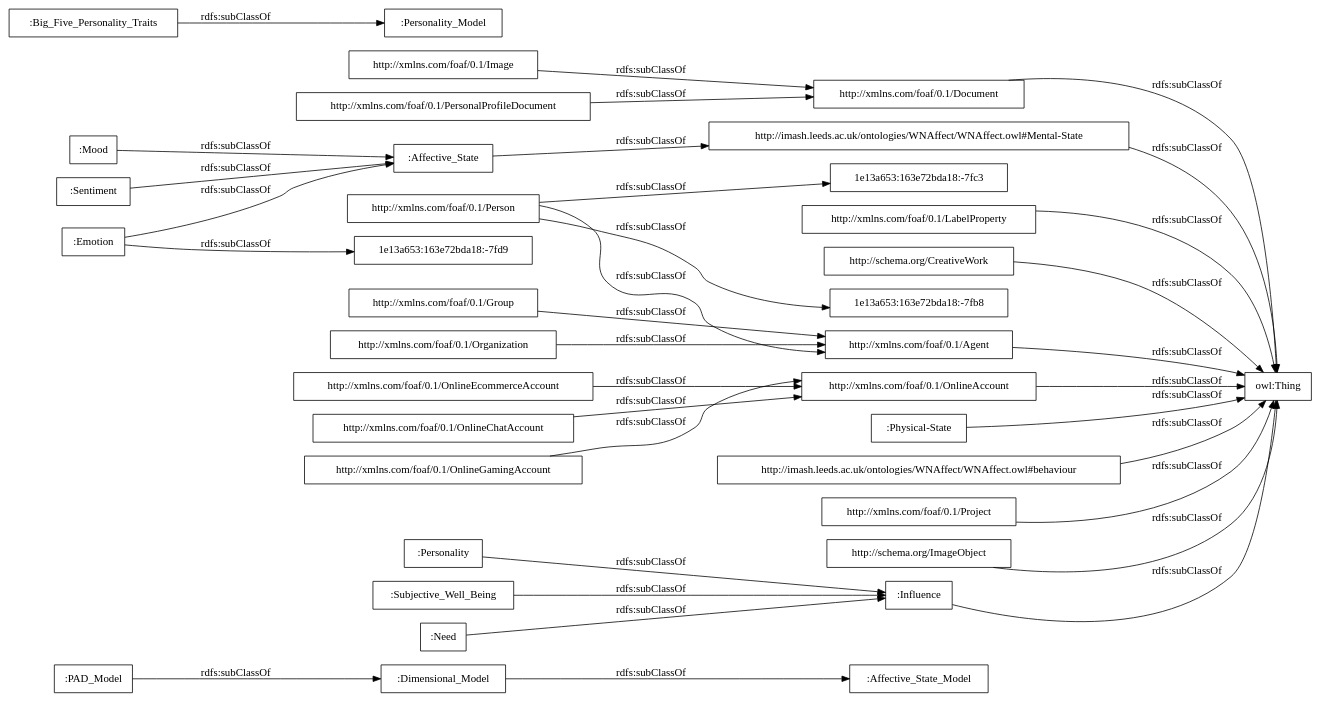
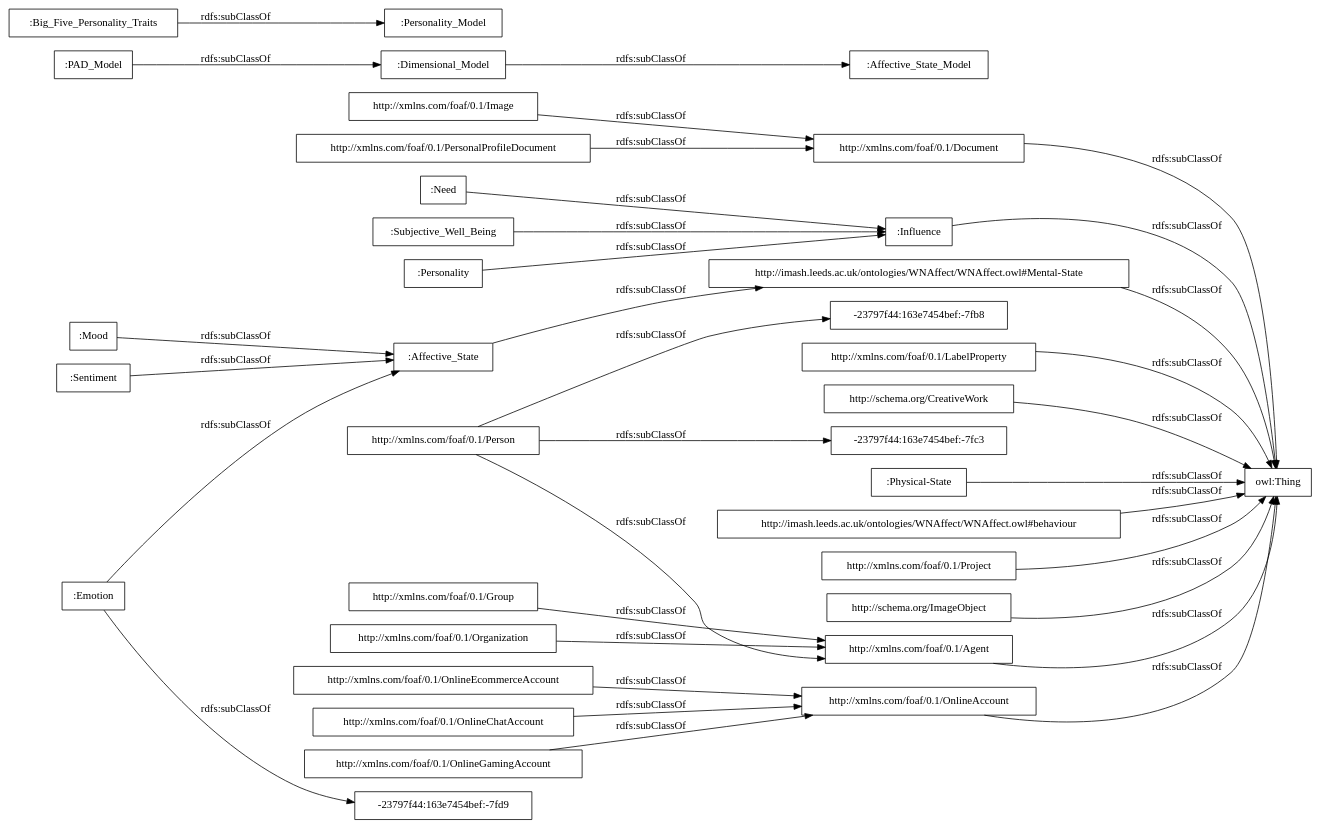
One commit to rana-othman/HASIO-Modularization changed the diagram in OnToology/Affective_States_Influences_Relations_Module.owl/diagrams/ar2dtool-taxonomy/Affective_States_Influences_Relations_Module.owl.png.dot. Above: the diagram before and after it, drawn with Graphviz. The commit also changed 9 other files, not shown here.

```diff
--- a/OnToology/Affective_States_Influences_Relations_Module.owl/diagrams/ar2dtool-taxonomy/Affective_States_Influences_Relations_Module.owl.png.dot
+++ b/OnToology/Affective_States_Influences_Relations_Module.owl/diagrams/ar2dtool-taxonomy/Affective_States_Influences_Relations_Module.owl.png.dot
@@ -1,38 +1,38 @@
 digraph ar2dtool_diagram { 
 rankdir=LR;
 size="1000"
-node [shape = rectangle, color="black"]; ":Affective_State_Model" ":Personality" "http://xmlns.com/foaf/0.1/Document" "1e13a653:163e72bda18:-7fd9" ":Sentiment" ":Emotion" "http://xmlns.com/foaf/0.1/OnlineGamingAccount" "1e13a653:163e72bda18:-7fc3" "http://xmlns.com/foaf/0.1/Group" ":Influence" "1e13a653:163e72bda18:-7fb8" ":Affective_State" "http://imash.leeds.ac.uk/ontologies/WNAffect/WNAffect.owl#Mental-State" "http://xmlns.com/foaf/0.1/LabelProperty" ":Mood" ":Dimensional_Model" "http://xmlns.com/foaf/0.1/Person" ":Need" "http://xmlns.com/foaf/0.1/OnlineEcommerceAccount" ":Subjective_Well_Being" "http://schema.org/CreativeWork" "http://xmlns.com/foaf/0.1/Organization" "http://xmlns.com/foaf/0.1/Agent" ":Physical-State" "http://imash.leeds.ac.uk/ontologies/WNAffect/WNAffect.owl#behaviour" ":Personality_Model" "http://xmlns.com/foaf/0.1/OnlineChatAccount" "http://xmlns.com/foaf/0.1/Image" "http://xmlns.com/foaf/0.1/PersonalProfileDocument" ":Big_Five_Personality_Traits" ":PAD_Model" "http://xmlns.com/foaf/0.1/Project" "http://schema.org/ImageObject" "http://xmlns.com/foaf/0.1/OnlineAccount" ; /*classes style*/
+node [shape = rectangle, color="black"]; "-23797f44:163e7454bef:-7fc3" ":Affective_State_Model" ":Personality" "http://xmlns.com/foaf/0.1/Document" ":Sentiment" ":Emotion" "http://xmlns.com/foaf/0.1/OnlineGamingAccount" "http://xmlns.com/foaf/0.1/Group" ":Influence" ":Affective_State" "http://imash.leeds.ac.uk/ontologies/WNAffect/WNAffect.owl#Mental-State" "http://xmlns.com/foaf/0.1/LabelProperty" ":Mood" ":Dimensional_Model" "http://xmlns.com/foaf/0.1/Person" ":Need" "http://xmlns.com/foaf/0.1/OnlineEcommerceAccount" ":Subjective_Well_Being" "http://schema.org/CreativeWork" "-23797f44:163e7454bef:-7fd9" "http://xmlns.com/foaf/0.1/Organization" "http://xmlns.com/foaf/0.1/Agent" ":Physical-State" "http://imash.leeds.ac.uk/ontologies/WNAffect/WNAffect.owl#behaviour" "-23797f44:163e7454bef:-7fb8" ":Personality_Model" "http://xmlns.com/foaf/0.1/OnlineChatAccount" "http://xmlns.com/foaf/0.1/Image" "http://xmlns.com/foaf/0.1/PersonalProfileDocument" ":Big_Five_Personality_Traits" ":PAD_Model" "http://xmlns.com/foaf/0.1/Project" "http://schema.org/ImageObject" "http://xmlns.com/foaf/0.1/OnlineAccount" ; /*classes style*/
 	"http://xmlns.com/foaf/0.1/Project" -> "owl:Thing" [ label = "rdfs:subClassOf" ];
 	":Physical-State" -> "owl:Thing" [ label = "rdfs:subClassOf" ];
 	"http://xmlns.com/foaf/0.1/Document" -> "owl:Thing" [ label = "rdfs:subClassOf" ];
 	":PAD_Model" -> ":Dimensional_Model" [ label = "rdfs:subClassOf" ];
 	"http://schema.org/ImageObject" -> "owl:Thing" [ label = "rdfs:subClassOf" ];
-	":Emotion" -> "1e13a653:163e72bda18:-7fd9" [ label = "rdfs:subClassOf" ];
+	":Emotion" -> "-23797f44:163e7454bef:-7fd9" [ label = "rdfs:subClassOf" ];
 	":Emotion" -> ":Affective_State" [ label = "rdfs:subClassOf" ];
 	":Influence" -> "owl:Thing" [ label = "rdfs:subClassOf" ];
 	"http://xmlns.com/foaf/0.1/OnlineGamingAccount" -> "http://xmlns.com/foaf/0.1/OnlineAccount" [ label = "rdfs:subClassOf" ];
 	"http://imash.leeds.ac.uk/ontologies/WNAffect/WNAffect.owl#Mental-State" -> "owl:Thing" [ label = "rdfs:subClassOf" ];
 	"http://xmlns.com/foaf/0.1/PersonalProfileDocument" -> "http://xmlns.com/foaf/0.1/Document" [ label = "rdfs:subClassOf" ];
 	"http://imash.leeds.ac.uk/ontologies/WNAffect/WNAffect.owl#behaviour" -> "owl:Thing" [ label = "rdfs:subClassOf" ];
 	":Big_Five_Personality_Traits" -> ":Personality_Model" [ label = "rdfs:subClassOf" ];
 	"http://xmlns.com/foaf/0.1/Group" -> "http://xmlns.com/foaf/0.1/Agent" [ label = "rdfs:subClassOf" ];
 	"http://xmlns.com/foaf/0.1/OnlineChatAccount" -> "http://xmlns.com/foaf/0.1/OnlineAccount" [ label = "rdfs:subClassOf" ];
 	":Sentiment" -> ":Affective_State" [ label = "rdfs:subClassOf" ];
 	":Subjective_Well_Being" -> ":Influence" [ label = "rdfs:subClassOf" ];
 	"http://xmlns.com/foaf/0.1/Image" -> "http://xmlns.com/foaf/0.1/Document" [ label = "rdfs:subClassOf" ];
 	":Affective_State" -> "http://imash.leeds.ac.uk/ontologies/WNAffect/WNAffect.owl#Mental-State" [ label = "rdfs:subClassOf" ];
-	"http://xmlns.com/foaf/0.1/Person" -> "1e13a653:163e72bda18:-7fc3" [ label = "rdfs:subClassOf" ];
-	"http://xmlns.com/foaf/0.1/Person" -> "1e13a653:163e72bda18:-7fb8" [ label = "rdfs:subClassOf" ];
+	"http://xmlns.com/foaf/0.1/Person" -> "-23797f44:163e7454bef:-7fc3" [ label = "rdfs:subClassOf" ];
+	"http://xmlns.com/foaf/0.1/Person" -> "-23797f44:163e7454bef:-7fb8" [ label = "rdfs:subClassOf" ];
 	"http://xmlns.com/foaf/0.1/Person" -> "http://xmlns.com/foaf/0.1/Agent" [ label = "rdfs:subClassOf" ];
 	":Dimensional_Model" -> ":Affective_State_Model" [ label = "rdfs:subClassOf" ];
 	"http://xmlns.com/foaf/0.1/Agent" -> "owl:Thing" [ label = "rdfs:subClassOf" ];
 	":Personality" -> ":Influence" [ label = "rdfs:subClassOf" ];
 	"http://xmlns.com/foaf/0.1/Organization" -> "http://xmlns.com/foaf/0.1/Agent" [ label = "rdfs:subClassOf" ];
 	"http://xmlns.com/foaf/0.1/OnlineAccount" -> "owl:Thing" [ label = "rdfs:subClassOf" ];
 	":Mood" -> ":Affective_State" [ label = "rdfs:subClassOf" ];
 	"http://schema.org/CreativeWork" -> "owl:Thing" [ label = "rdfs:subClassOf" ];
 	"http://xmlns.com/foaf/0.1/LabelProperty" -> "owl:Thing" [ label = "rdfs:subClassOf" ];
 	":Need" -> ":Influence" [ label = "rdfs:subClassOf" ];
 	"http://xmlns.com/foaf/0.1/OnlineEcommerceAccount" -> "http://xmlns.com/foaf/0.1/OnlineAccount" [ label = "rdfs:subClassOf" ];
 
 }
```
